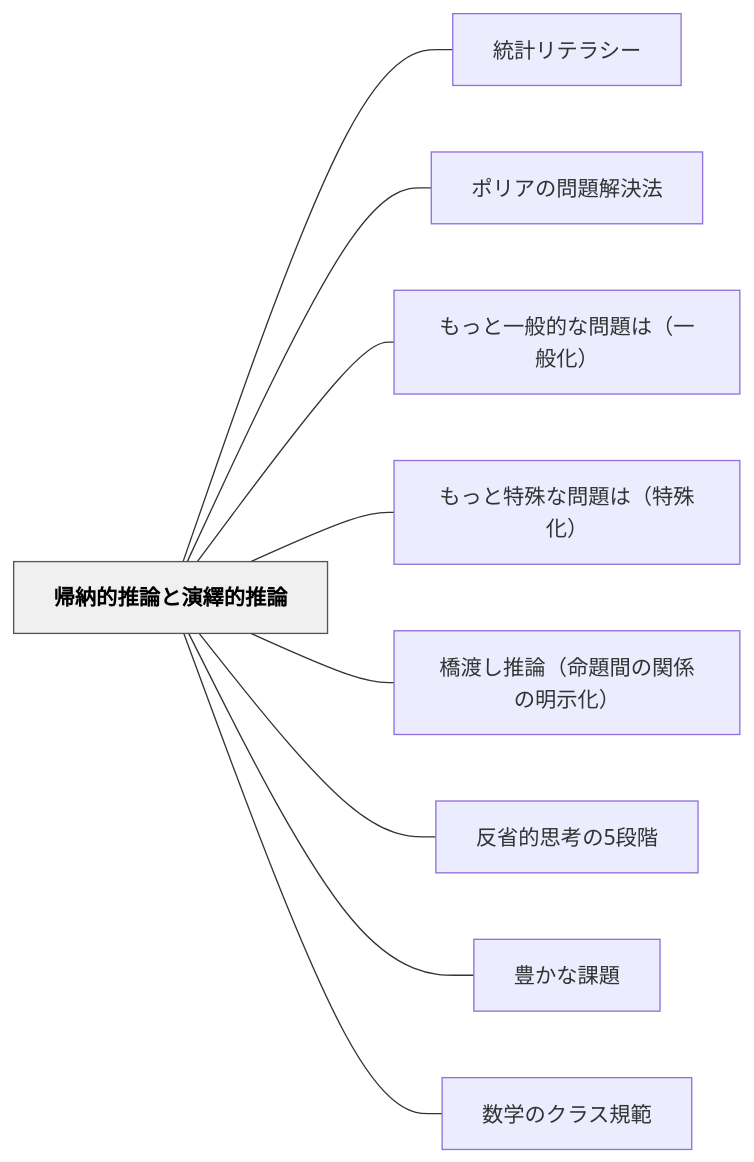
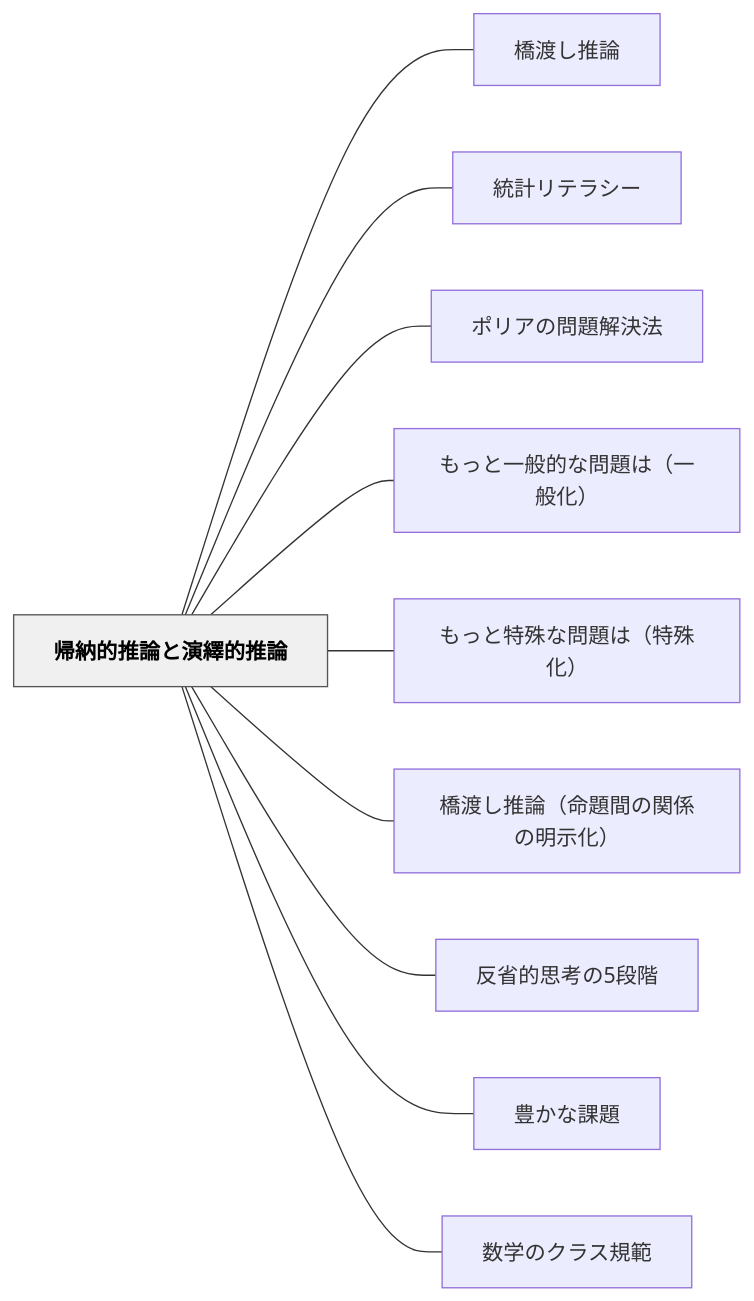
Before and after one commit to unknownthings-ed-patterns/unknownthings-ed-patterns: the diagram in content/パタン/帰納的推論と演繹的推論.md, drawn with Mermaid. The commit also changed other lines of this file and 9 other files, not shown here.

````diff
--- a/content/パタン/帰納的推論と演繹的推論.md
+++ b/content/パタン/帰納的推論と演繹的推論.md
@@ -118,24 +119,26 @@
 ```mermaid
 flowchart LR
     ne5b8b0e7b48de79a84e68ea8e8ab96e381a8e6bc94e7b9b9e79a84e68ea8e8ab96["帰納的推論と演繹的推論"]
+    ne6a98be6b8a1e38197e68ea8e8ab96["橋渡し推論"]
     ne7b5b1e8a888e383aae38386e383a9e382b7e383bc["統計リテラシー"]
     ne3839de383aae382a2e381aee5958fe9a18ce8a7a3e6b1bae6b395["ポリアの問題解決法"]
     ne38282e381a3e381a8e4b880e888ace79a84e381aae5958fe9a18ce381afefbc88e4b880e888ace58c96efbc89["もっと一般的な問題は（一般化）"]
     ne38282e381a3e381a8e789b9e6ae8ae381aae5958fe9a18ce381afefbc88e789b9e6ae8ae58c96efbc89["もっと特殊な問題は（特殊化）"]
     ne6a98be6b8a1e38197e68ea8e8ab96efbc88e591bde9a18ce99693e381aee996a2e4bf82e381aee6988ee7a4bae58c96efbc89["橋渡し推論（命題間の関係の明示化）"]
     ne58f8de79c81e79a84e6809de88083e381ae35e6aeb5e99a8e["反省的思考の5段階"]
     ne8b18ae3818be381aae8aab2e9a18c["豊かな課題"]
     ne695b0e5ada6e381aee382afe383a9e382b9e8a68fe7af84["数学のクラス規範"]
 
+    ne5b8b0e7b48de79a84e68ea8e8ab96e381a8e6bc94e7b9b9e79a84e68ea8e8ab96 --- ne6a98be6b8a1e38197e68ea8e8ab96
     ne5b8b0e7b48de79a84e68ea8e8ab96e381a8e6bc94e7b9b9e79a84e68ea8e8ab96 --- ne7b5b1e8a888e383aae38386e383a9e382b7e383bc
     ne5b8b0e7b48de79a84e68ea8e8ab96e381a8e6bc94e7b9b9e79a84e68ea8e8ab96 --- ne3839de383aae382a2e381aee5958fe9a18ce8a7a3e6b1bae6b395
     ne5b8b0e7b48de79a84e68ea8e8ab96e381a8e6bc94e7b9b9e79a84e68ea8e8ab96 --- ne38282e381a3e381a8e4b880e888ace79a84e381aae5958fe9a18ce381afefbc88e4b880e888ace58c96efbc89
     ne5b8b0e7b48de79a84e68ea8e8ab96e381a8e6bc94e7b9b9e79a84e68ea8e8ab96 --- ne38282e381a3e381a8e789b9e6ae8ae381aae5958fe9a18ce381afefbc88e789b9e6ae8ae58c96efbc89
     ne5b8b0e7b48de79a84e68ea8e8ab96e381a8e6bc94e7b9b9e79a84e68ea8e8ab96 --- ne6a98be6b8a1e38197e68ea8e8ab96efbc88e591bde9a18ce99693e381aee996a2e4bf82e381aee6988ee7a4bae58c96efbc89
     ne5b8b0e7b48de79a84e68ea8e8ab96e381a8e6bc94e7b9b9e79a84e68ea8e8ab96 --- ne58f8de79c81e79a84e6809de88083e381ae35e6aeb5e99a8e
     ne5b8b0e7b48de79a84e68ea8e8ab96e381a8e6bc94e7b9b9e79a84e68ea8e8ab96 --- ne8b18ae3818be381aae8aab2e9a18c
     ne5b8b0e7b48de79a84e68ea8e8ab96e381a8e6bc94e7b9b9e79a84e68ea8e8ab96 --- ne695b0e5ada6e381aee382afe383a9e382b9e8a68fe7af84
 
     classDef hub fill:#f0f0f0,stroke:#555,color:#000,font-weight:bold
     class ne5b8b0e7b48de79a84e68ea8e8ab96e381a8e6bc94e7b9b9e79a84e68ea8e8ab96 hub
 ```
````
